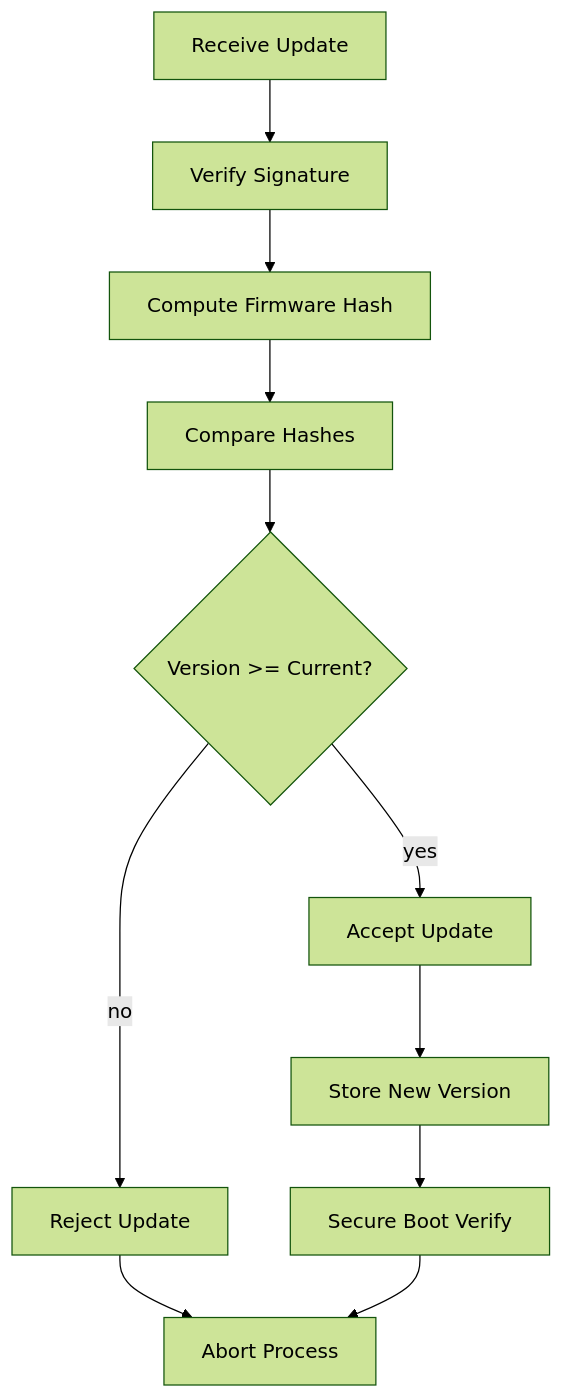
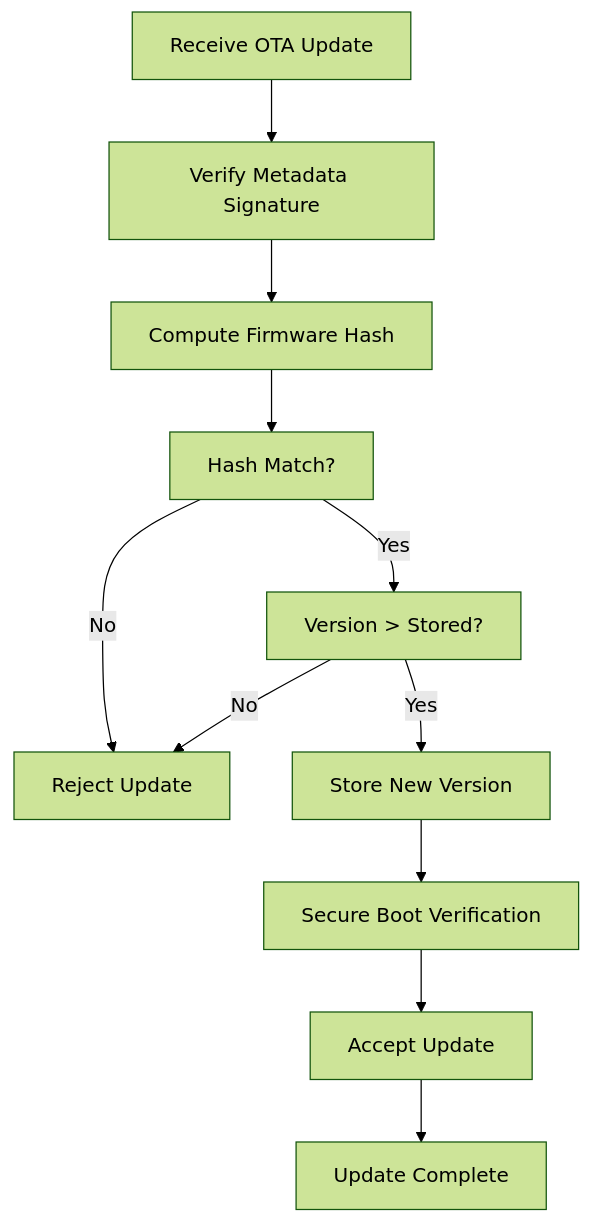
Before and after one commit to CagriCatik/Clarion: the diagram in outputs/03_protection-rollback_doc.md, drawn with Mermaid (forest theme). The commit also changed other lines of this file and 66 other files, not shown here.

````diff
--- a/outputs/03_protection-rollback_doc.md
+++ b/outputs/03_protection-rollback_doc.md
@@ -16,13 +29,24 @@
 ```mermaid
 graph TD
-    Receive_Update["Receive Update"] --> Verify_Signature["Verify Signature"]
-    Verify_Signature --> Compute_Hash["Compute Firmware Hash"]
-    Compute_Hash --> Compare_Hash["Compare Hashes"]
-    Compare_Hash --> Check_Version{"Version >= Current?"}
-    Check_Version -- "yes" --> Accept_Update["Accept Update"]
-    Check_Version -- "no" --> Reject_Update["Reject Update"]
-    Accept_Update --> Update_Version_Storage["Store New Version"]
-    Update_Version_Storage --> Secure_Boot_Verify["Secure Boot Verify"]
-    Reject_Update --> End["Abort Process"]
-    Secure_Boot_Verify --> End
+    Receive_Update["Receive OTA Update"]
+    Verify_Signature["Verify Metadata Signature"]
+    Compute_Hash["Compute Firmware Hash"]
+    Compare_Hash["Hash Match?"]
+    Version_Check["Version > Stored?"]
+    Store_Version["Store New Version"]
+    Bootloader_Verify["Secure Boot Verification"]
+    Reject["Reject Update"]
+    Accept["Accept Update"]
+    End["Update Complete"]
+
+    Receive_Update --> Verify_Signature
+    Verify_Signature --> Compute_Hash
+    Compute_Hash --> Compare_Hash
+    Compare_Hash -- "No" --> Reject
+    Compare_Hash -- "Yes" --> Version_Check
+    Version_Check -- "No" --> Reject
+    Version_Check -- "Yes" --> Store_Version
+    Store_Version --> Bootloader_Verify
+    Bootloader_Verify --> Accept
+    Accept --> End
 ```
````
